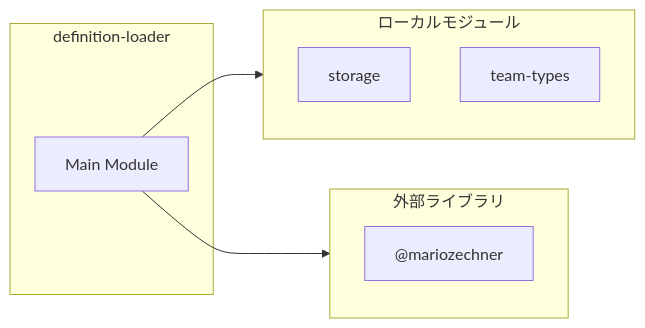
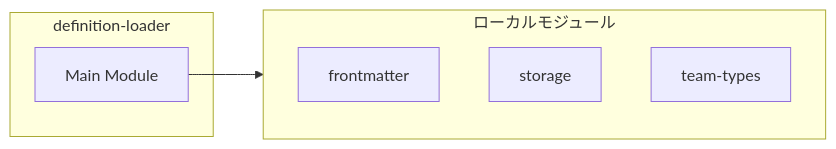
Before and after one commit to Mekann2904/mekann: the second of 4 diagrams in ABDD/.pi/extensions/agent-teams/definition-loader.md, drawn with Mermaid. The commit also changed other lines of this file and 205 other files, not shown here.

````diff
--- a/ABDD/.pi/extensions/agent-teams/definition-loader.md
+++ b/ABDD/.pi/extensions/agent-teams/definition-loader.md
@@ -42,16 +57,13 @@
 ```mermaid
 flowchart LR
   subgraph this[definition-loader]
     main[Main Module]
   end
   subgraph local[ローカルモジュール]
+    frontmatter["frontmatter"]
     storage["storage"]
     storage["storage"]
     team_types["team-types"]
   end
   main --> local
-  subgraph external[外部ライブラリ]
-    _mariozechner["@mariozechner"]
-  end
-  main --> external
 ```
````
